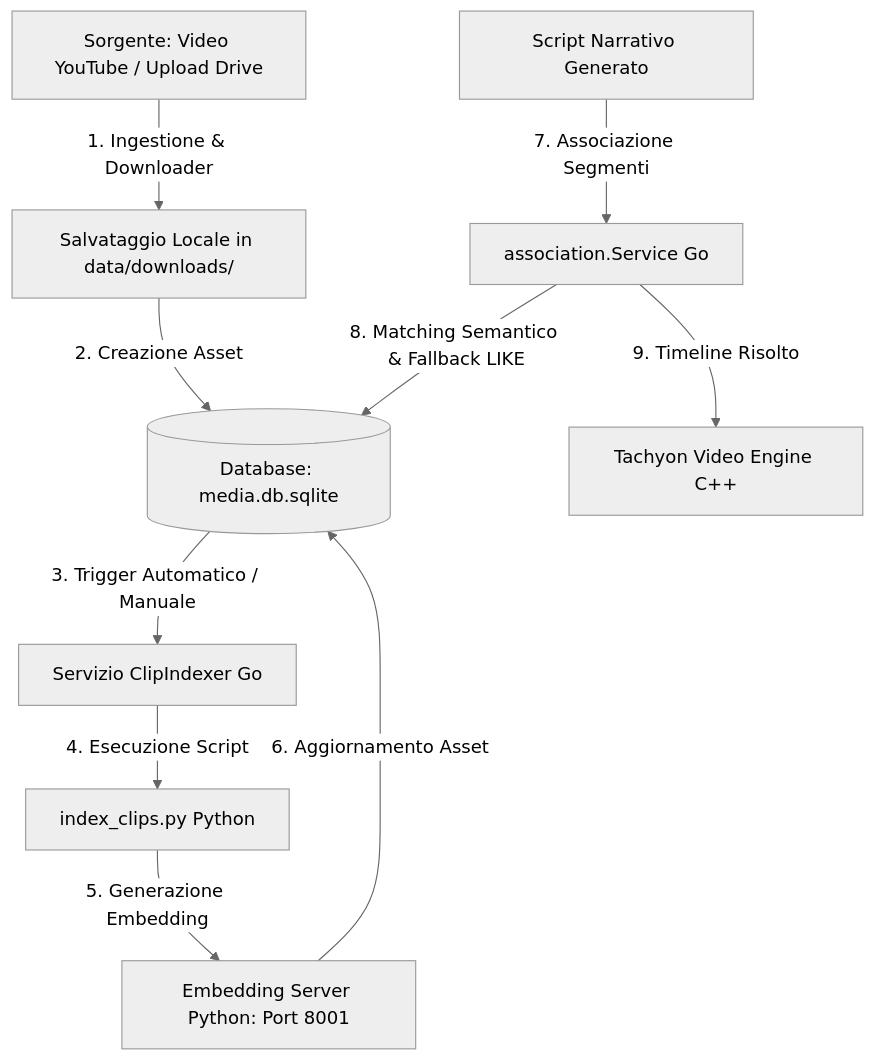
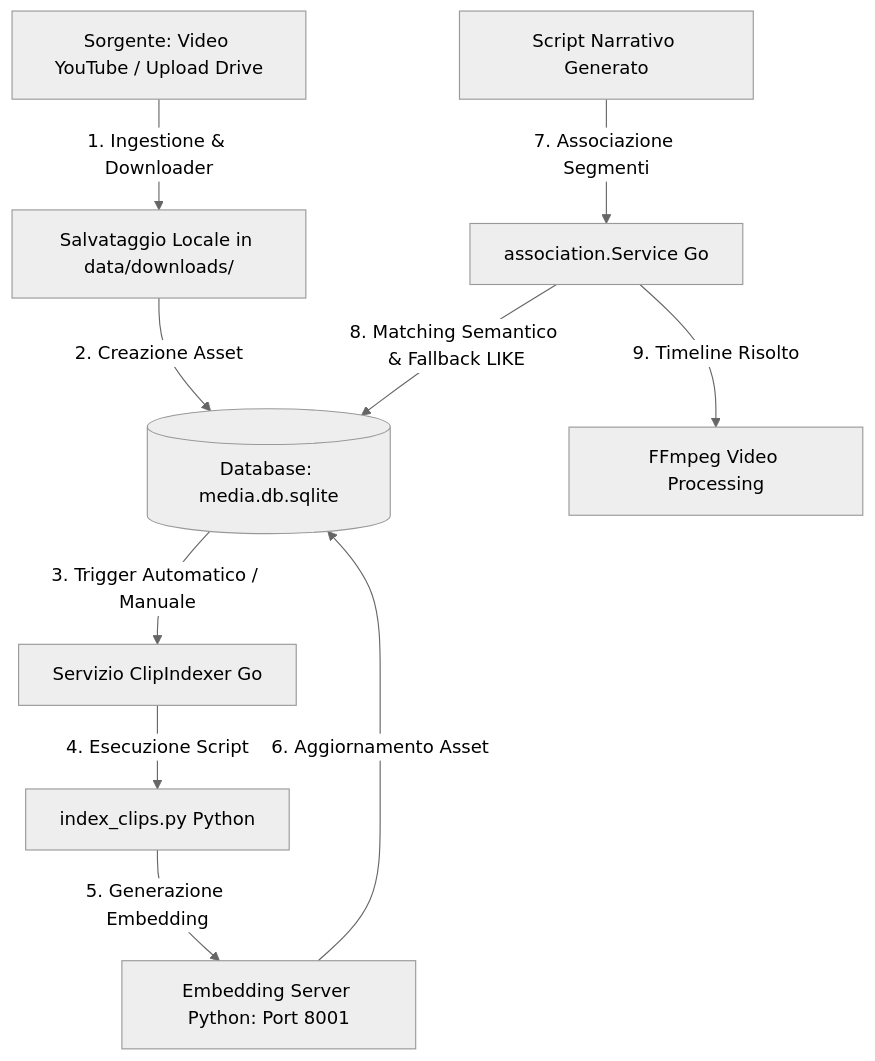
The diagram in docs/drive-clips-integration.md (Marcuss-ops/PipelineGen), drawn with Mermaid (neutral theme) before and after one commit. The commit also changed 16 other files, not shown here.

First line of the commit message:
refactor: rimuovi tachyon, sostituisci con ffmpeg puro

````diff
--- a/docs/drive-clips-integration.md
+++ b/docs/drive-clips-integration.md
@@ -11,12 +11,12 @@
 ```mermaid
 graph TD
     A[Sorgente: Video YouTube / Upload Drive] -->|1. Ingestione & Downloader| B[Salvataggio Locale in data/downloads/]
     B -->|2. Creazione Asset| C[(Database: media.db.sqlite)]
     C -->|3. Trigger Automatico / Manuale| D[Servizio ClipIndexer Go]
     D -->|4. Esecuzione Script| E[index_clips.py Python]
     E -->|5. Generazione Embedding| F[Embedding Server Python: Port 8001]
     F -->|6. Aggiornamento Asset| C
     G[Script Narrativo Generato] -->|7. Associazione Segmenti| H[association.Service Go]
     H -->|8. Matching Semantico & Fallback LIKE| C
-    H -->|9. Timeline Risolto| I[Tachyon Video Engine C++]
+    H -->|9. Timeline Risolto| I[FFmpeg Video Processing]
 ```
````
